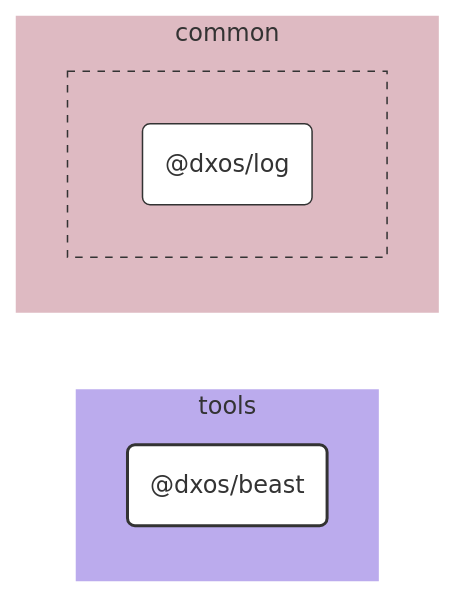
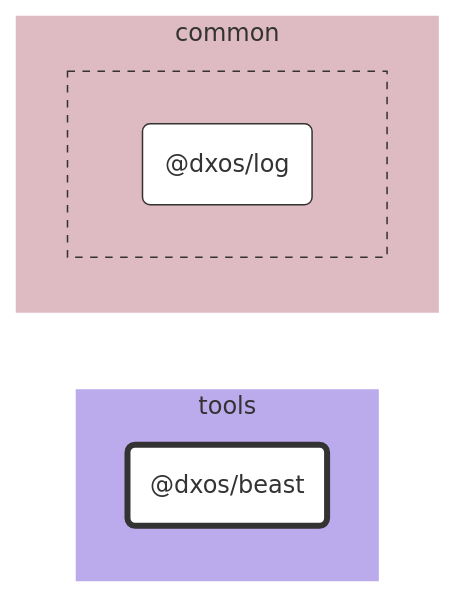
Before and after one commit to dxos/dxos: the diagram in tools/beast/docs/README.md, drawn with Mermaid. The commit also changed 104 other files, not shown here.

````diff
--- a/tools/beast/docs/README.md
+++ b/tools/beast/docs/README.md
@@ -7,38 +7,30 @@
 ```mermaid
 %%{ init: {'flowchart':{'curve':'basis'}} }%%
 
 flowchart LR
 
-%% Links
+%% Classes
+classDef def fill:#fff,stroke:#333,stroke-width:1px
+classDef root fill:#fff,stroke:#333,stroke-width:4px
 
-%% Sections
-subgraph tools
-  style tools fill:#bbabed,stroke:#fff;
+%% Nodes
 
-  dxos/beast("@dxos/beast")
+subgraph tools [tools]
+  style tools fill:#bbabed,stroke:#fff
+  dxos/beast("@dxos/beast"):::root
+  click dxos/beast "dxos/dxos/tree/main/tools/beast/docs"
 end
 
-subgraph common
-  style common fill:#debac2,stroke:#fff;
-
+subgraph common [common]
+  style common fill:#debac2,stroke:#fff
 
   subgraph common-excluded [ ]
-    style common-excluded fill:#debac2,stroke:#333,stroke-dasharray:5 5;
-
-    dxos/log("@dxos/log")
+    style common-excluded fill:#debac2,stroke:#333,stroke-dasharray:5 5
+    dxos/log("@dxos/log"):::def
+    click dxos/log "dxos/dxos/tree/main/packages/common/log/docs"
   end
 end
 
-
-%% Hyperlinks
-click dxos/log "dxos/dxos/tree/main/packages/common/log/docs";
-
-%% Styles
-classDef rootNode fill:#fff,stroke:#333,stroke-width:2px
-classDef defaultNode fill:#fff,stroke:#333,stroke-width:1px
+%% Links
 linkStyle default stroke:#333,stroke-width:1px
-
-dxos/beast:::rootNode
-
-dxos/log:::defaultNode
 ```
````
